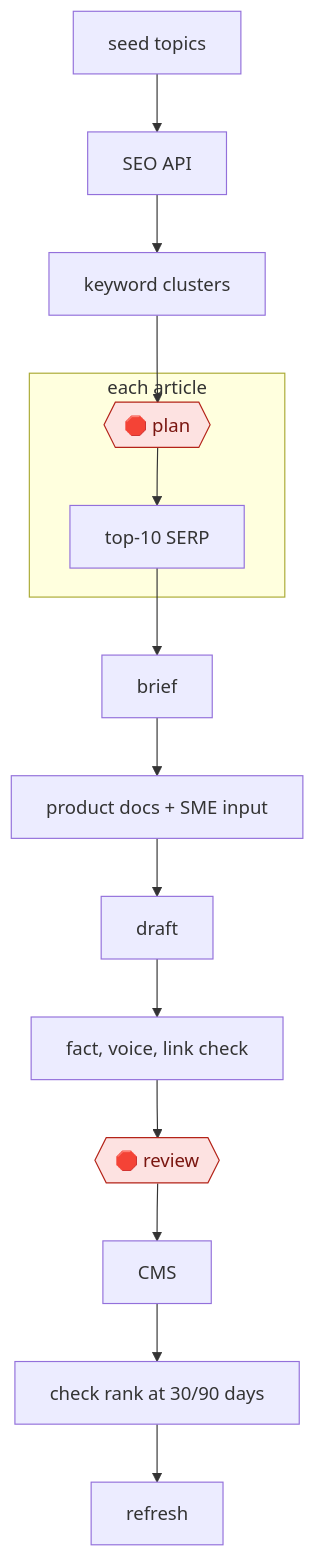
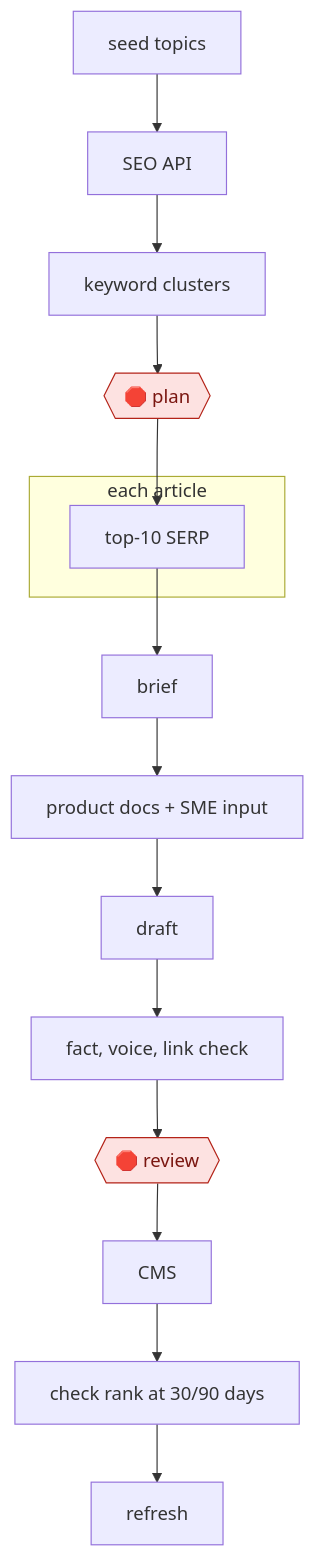
Before and after one commit to milesradford99/agent-workflow-atlas: the diagram in workflows/COM/MKT/CONTENT/cluster-brief-draft-content/README.md, drawn with Mermaid. The commit also changed other lines of this file and 171 other files, not shown here.

````diff
--- a/workflows/COM/MKT/CONTENT/cluster-brief-draft-content/README.md
+++ b/workflows/COM/MKT/CONTENT/cluster-brief-draft-content/README.md
@@ -30,31 +30,31 @@
 ```mermaid
 flowchart TD
   n1["seed topics"]
   n2["SEO API"]
-  n1 --> n2
   n3["keyword clusters"]
-  n2 --> n3
   n4{{"🛑 plan"}}:::stop
-  n3 --> n4
   subgraph s5["each article"]
   n6["top-10 SERP"]
-  n4 --> n6
   end
   n7["brief"]
+  n8["product docs + SME input"]
+  n9["draft"]
+  n10["fact, voice, link check"]
+  n11{{"🛑 review"}}:::stop
+  n12["CMS"]
+  n13["check rank at 30/90 days"]
+  n14["refresh"]
+  n1 --> n2
+  n2 --> n3
+  n3 --> n4
+  n4 --> n6
   n6 --> n7
-  n8["product docs + SME input"]
   n7 --> n8
-  n9["draft"]
   n8 --> n9
-  n10["fact, voice, link check"]
   n9 --> n10
-  n11{{"🛑 review"}}:::stop
   n10 --> n11
-  n12["CMS"]
   n11 --> n12
-  n13["check rank at 30/90 days"]
   n12 --> n13
-  n14["refresh"]
   n13 --> n14
   classDef stop fill:#fde2e1,stroke:#b42318,color:#7a1610
 ```
````
